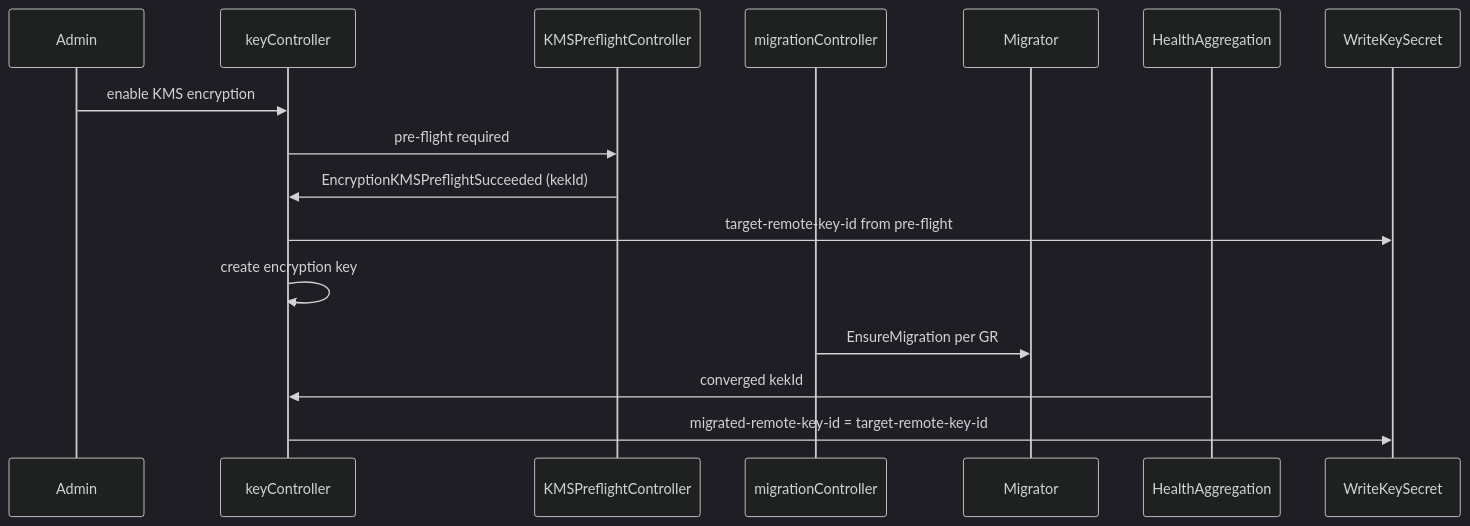
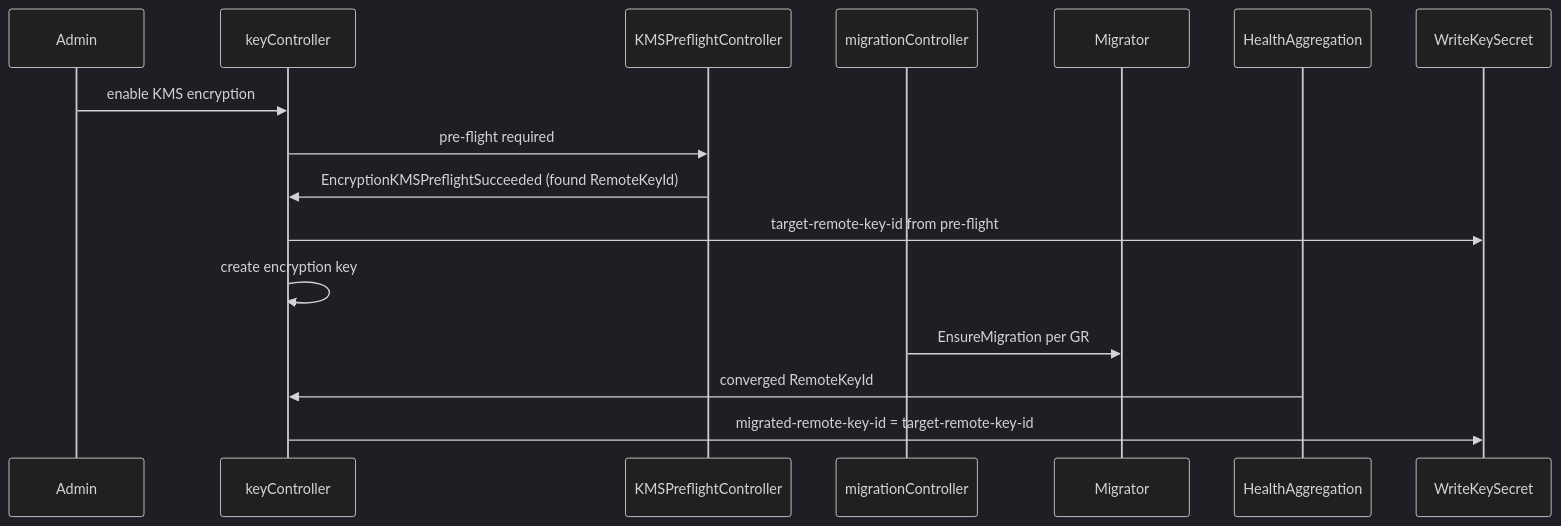
Before and after one commit to openshift/enhancements: the first of 4 diagrams in enhancements/kube-apiserver/kms-encryption-foundations.md, drawn with Mermaid (dark theme). The commit also changed other lines of this file, not shown here.

````diff
--- a/enhancements/kube-apiserver/kms-encryption-foundations.md
+++ b/enhancements/kube-apiserver/kms-encryption-foundations.md
@@ -520,19 +520,19 @@
 ```mermaid
 sequenceDiagram
     participant Admin
     participant KeyCtrl as keyController
     participant Preflight as KMSPreflightController
     participant MigCtrl as migrationController
     participant SVM as Migrator
     participant Health as HealthAggregation
     participant Secret as WriteKeySecret
 
     Admin->>KeyCtrl: enable KMS encryption
     KeyCtrl->>Preflight: pre-flight required
-    Preflight->>KeyCtrl: EncryptionKMSPreflightSucceeded (kekId)
+    Preflight->>KeyCtrl: EncryptionKMSPreflightSucceeded (found RemoteKeyId)
     KeyCtrl->>Secret: target-remote-key-id from pre-flight
     KeyCtrl->>KeyCtrl: create encryption key
     MigCtrl->>SVM: EnsureMigration per GR
-    Health->>KeyCtrl: converged kekId
+    Health->>KeyCtrl: converged RemoteKeyId
     KeyCtrl->>Secret: migrated-remote-key-id = target-remote-key-id
 ```
````
